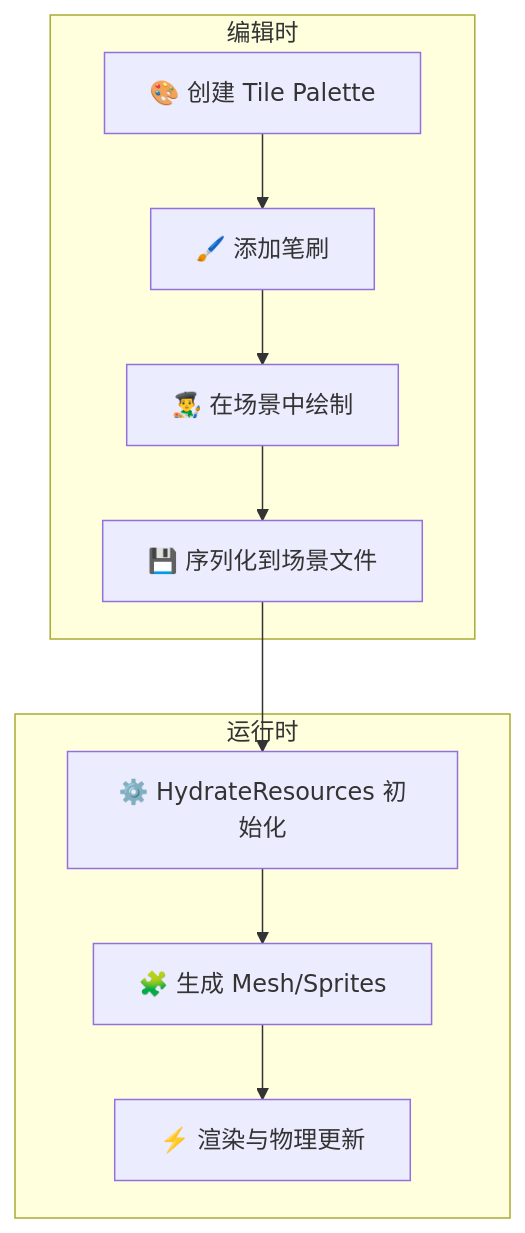
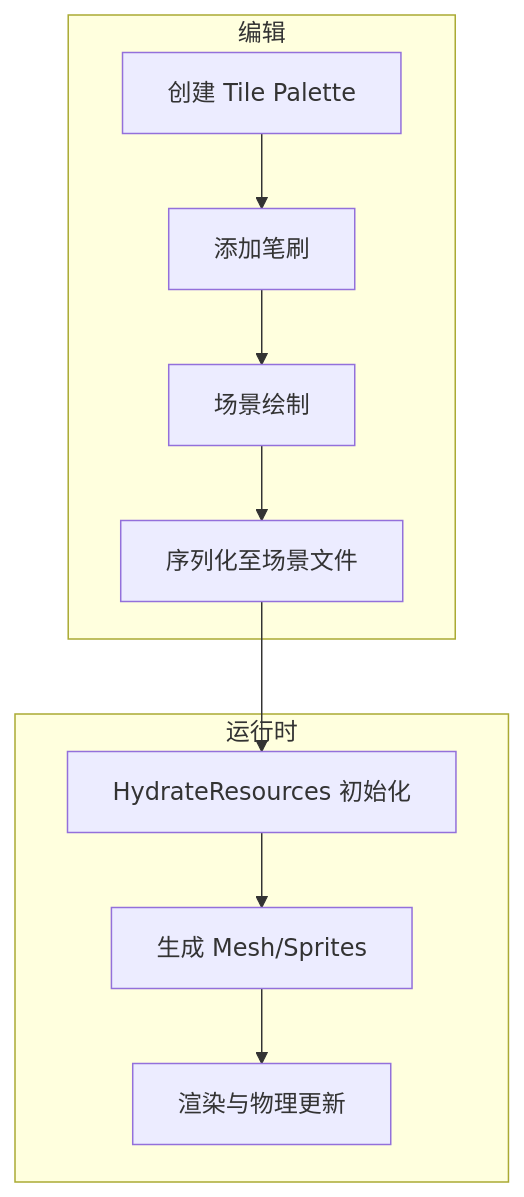
The eighth of 11 diagrams in ARCHITECTURE.md (NGLSG/Luma), drawn with Mermaid before and after one commit. The commit also changed other lines of this file and 27 other files, not shown here.

````diff
--- a/ARCHITECTURE.md
+++ b/ARCHITECTURE.md
@@ -217,13 +198,13 @@
 ```mermaid
 graph TD
-    subgraph "编辑时"
-        A[🎨 创建 Tile Palette] --> B[🖌️ 添加笔刷]
-        B --> C[👨‍🎨 在场景中绘制]
-        C --> D[💾 序列化到场景文件]
+    subgraph "编辑"
+        A[创建 Tile Palette] --> B[添加笔刷]
+        B --> C[场景绘制]
+        C --> D[序列化至场景文件]
     end
     subgraph "运行时"
-        D --> E[⚙️ HydrateResources 初始化]
-        E --> F[🧩 生成 Mesh/Sprites]
-        F --> G[⚡️ 渲染与物理更新]
+        D --> E[HydrateResources 初始化]
+        E --> F[生成 Mesh/Sprites]
+        F --> G[渲染与物理更新]
     end
 ```
````
